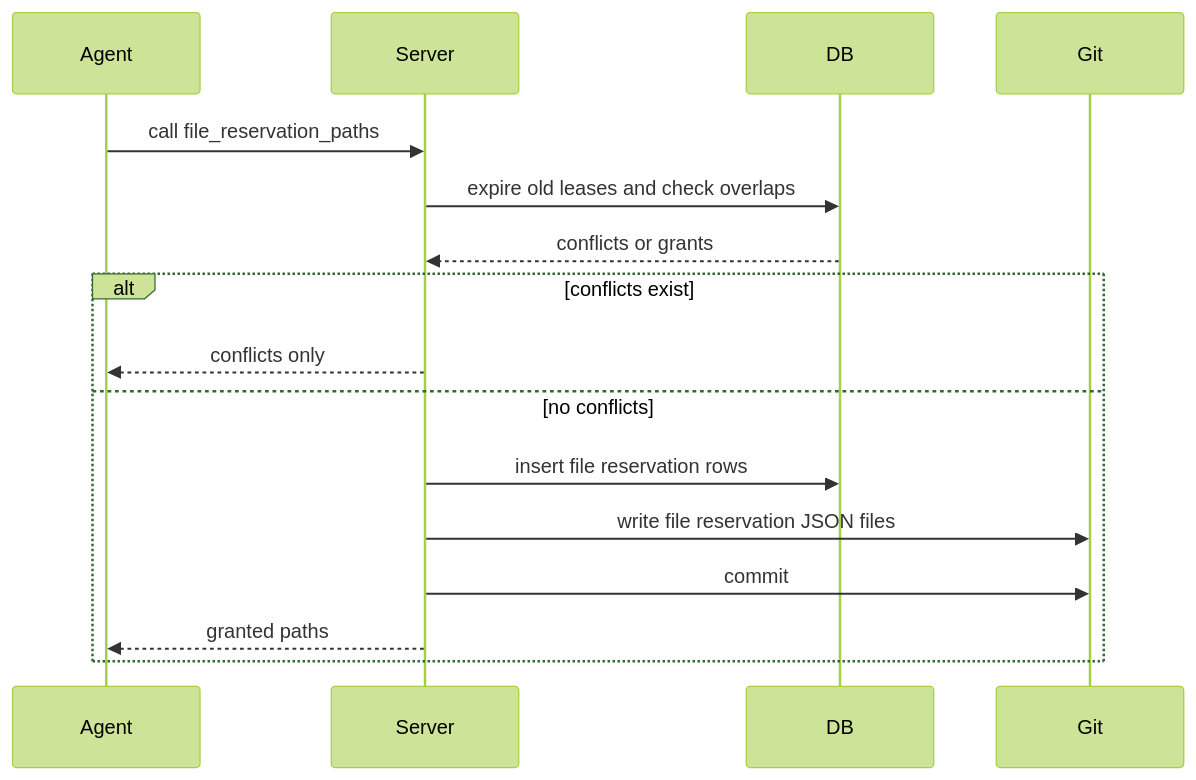
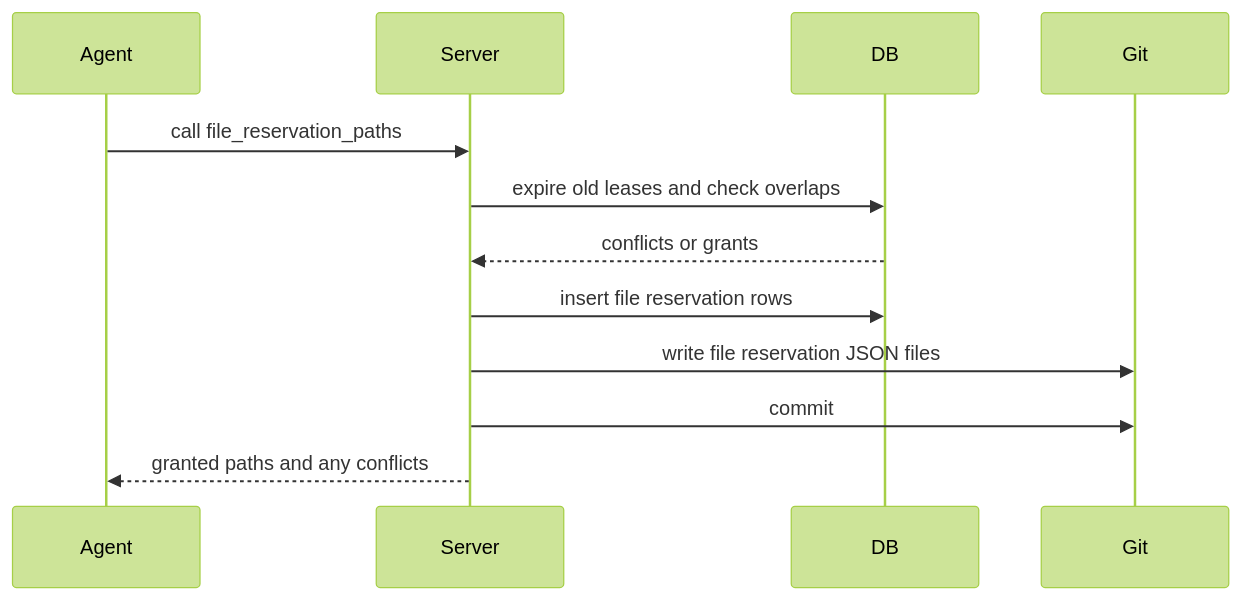
The third of 4 diagrams in README.md (Dicklesworthstone/mcp_agent_mail), drawn with Mermaid (forest theme) before and after one commit. The commit also changed other lines of this file and 4 other files, not shown here.

````diff
--- a/README.md
+++ b/README.md
@@ -635,19 +635,15 @@
 ```mermaid
 sequenceDiagram
   participant Agent
   participant Server
   participant DB
   participant Git
 
   Agent->>Server: call file_reservation_paths
   Server->>DB: expire old leases and check overlaps
   DB-->>Server: conflicts or grants
-  alt conflicts exist
-    Server-->>Agent: conflicts only
-  else no conflicts
-    Server->>DB: insert file reservation rows
-    Server->>Git: write file reservation JSON files
-    Server->>Git: commit
-    Server-->>Agent: granted paths
-  end
+  Server->>DB: insert file reservation rows
+  Server->>Git: write file reservation JSON files
+  Server->>Git: commit
+  Server-->>Agent: granted paths and any conflicts
 ```
````
